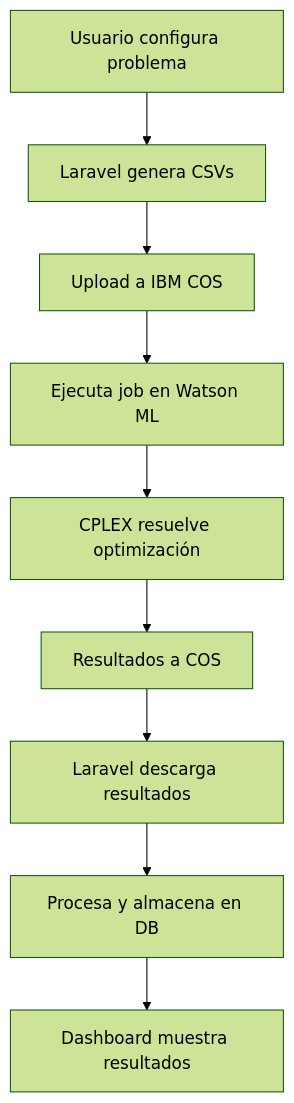
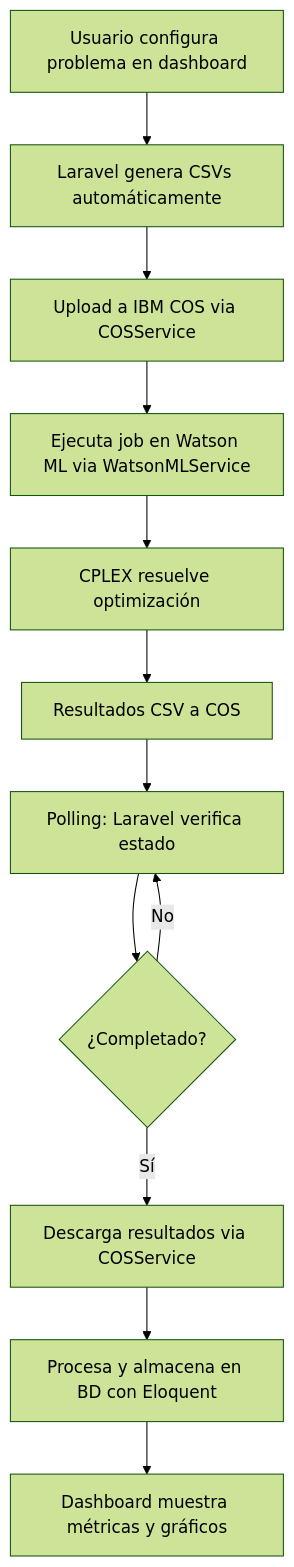
The diagram in README.md (BaltasarOrtiz/CapitalBudgeting), drawn with Mermaid (forest theme) before and after one commit. The commit also changed other lines of this file, not shown here.

````diff
--- a/README.md
+++ b/README.md
@@ -450,11 +480,14 @@
 ```mermaid
 graph TD
-    A[Usuario configura problema] --> B[Laravel genera CSVs]
-    B --> C[Upload a IBM COS]
-    C --> D[Ejecuta job en Watson ML]
+    A[Usuario configura problema en dashboard] --> B[Laravel genera CSVs automáticamente]
+    B --> C[Upload a IBM COS via COSService]
+    C --> D[Ejecuta job en Watson ML via WatsonMLService]
     D --> E[CPLEX resuelve optimización]
-    E --> F[Resultados a COS]
-    F --> G[Laravel descarga resultados]
-    G --> H[Procesa y almacena en DB]
-    H --> I[Dashboard muestra resultados]
+    E --> F[Resultados CSV a COS]
+    F --> G[Polling: Laravel verifica estado]
+    G --> H{¿Completado?}
+    H -->|No| G
+    H -->|Sí| I[Descarga resultados via COSService]
+    I --> J[Procesa y almacena en BD con Eloquent]
+    J --> K[Dashboard muestra métricas y gráficos]
 ```
````
